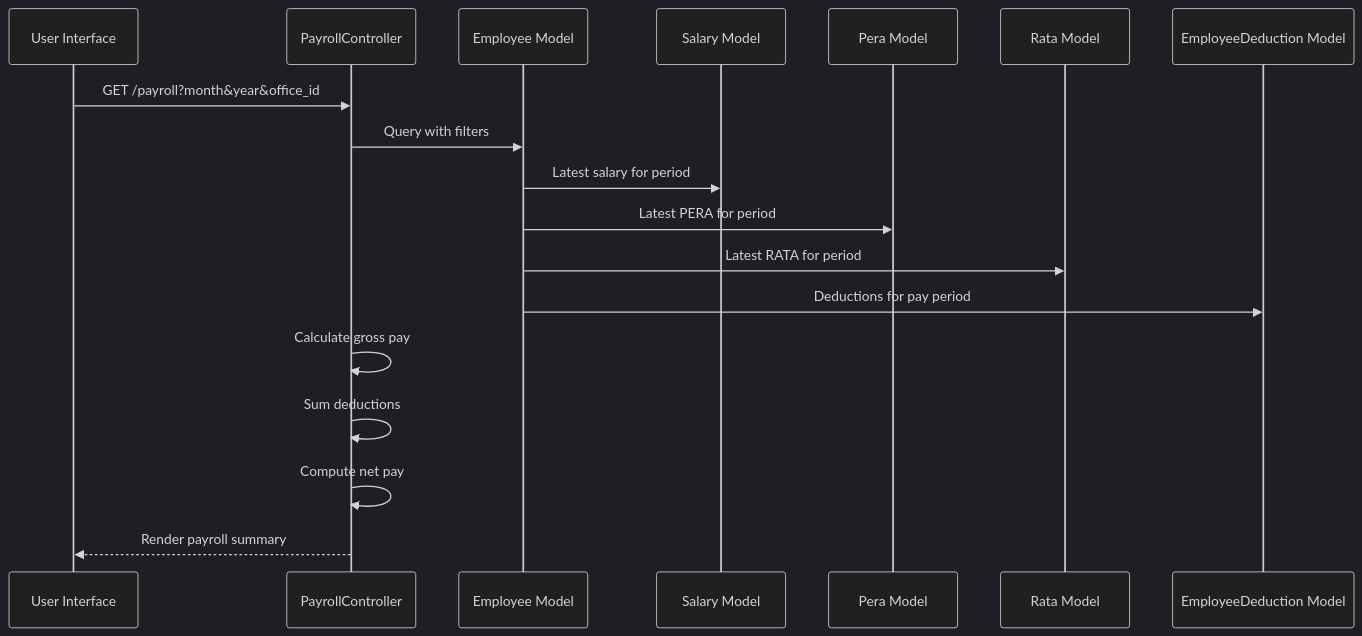
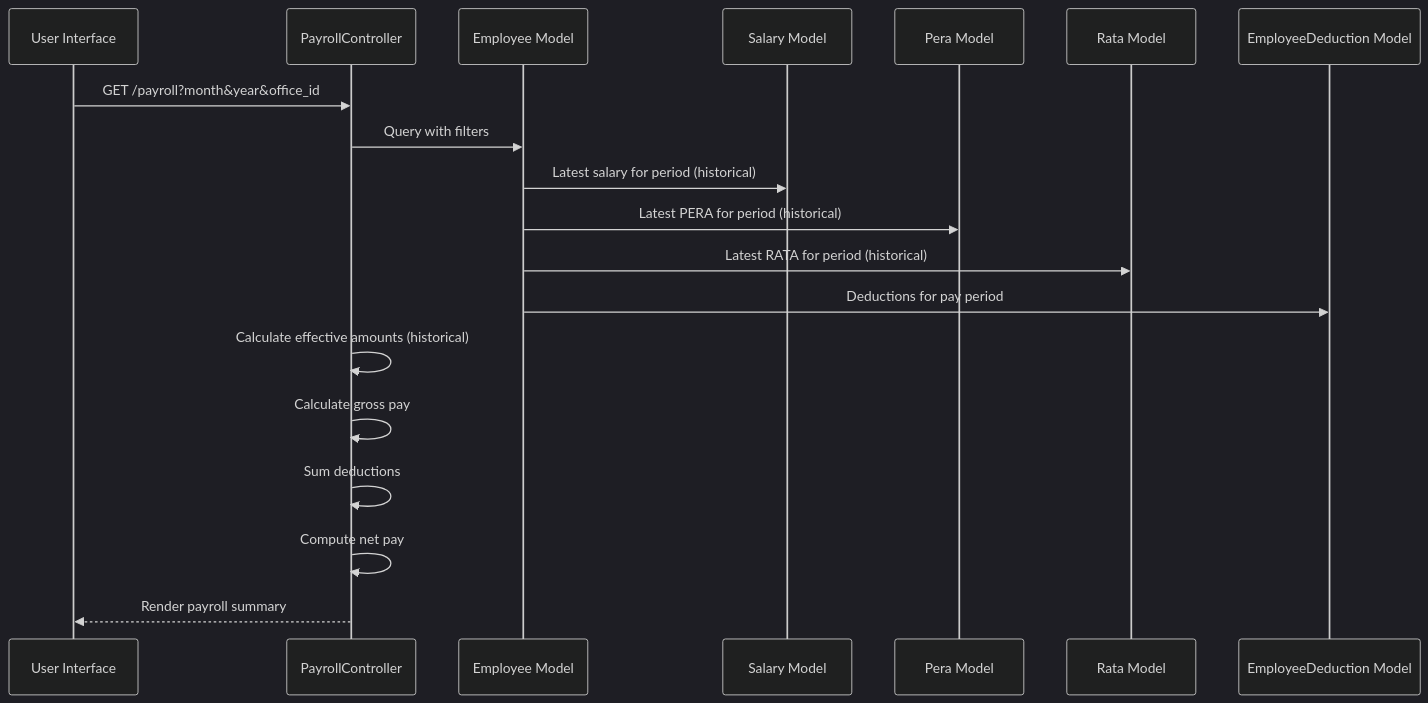
Before and after one commit to vincet0t15/template: the fourth of 19 diagrams in .qoder/repowiki/en/content/Employee Management/Employee Compensation Management.md, drawn with Mermaid (dark theme). The commit also changed other lines of this file and 11 other files, not shown here.

````diff
--- a/.qoder/repowiki/en/content/Employee Management/Employee Compensation Management.md
+++ b/.qoder/repowiki/en/content/Employee Management/Employee Compensation Management.md
@@ -301,20 +315,21 @@
 ```mermaid
 sequenceDiagram
 participant User as User Interface
 participant Controller as PayrollController
 participant Employee as Employee Model
 participant Salary as Salary Model
 participant Pera as Pera Model
 participant Rata as Rata Model
 participant Deduction as EmployeeDeduction Model
 User->>Controller : GET /payroll?month&year&office_id
 Controller->>Employee : Query with filters
-Employee->>Salary : Latest salary for period
-Employee->>Pera : Latest PERA for period
-Employee->>Rata : Latest RATA for period
+Employee->>Salary : Latest salary for period (historical)
+Employee->>Pera : Latest PERA for period (historical)
+Employee->>Rata : Latest RATA for period (historical)
 Employee->>Deduction : Deductions for pay period
+Controller->>Controller : Calculate effective amounts (historical)
 Controller->>Controller : Calculate gross pay
 Controller->>Controller : Sum deductions
 Controller->>Controller : Compute net pay
 Controller-->>User : Render payroll summary
 ```
````
